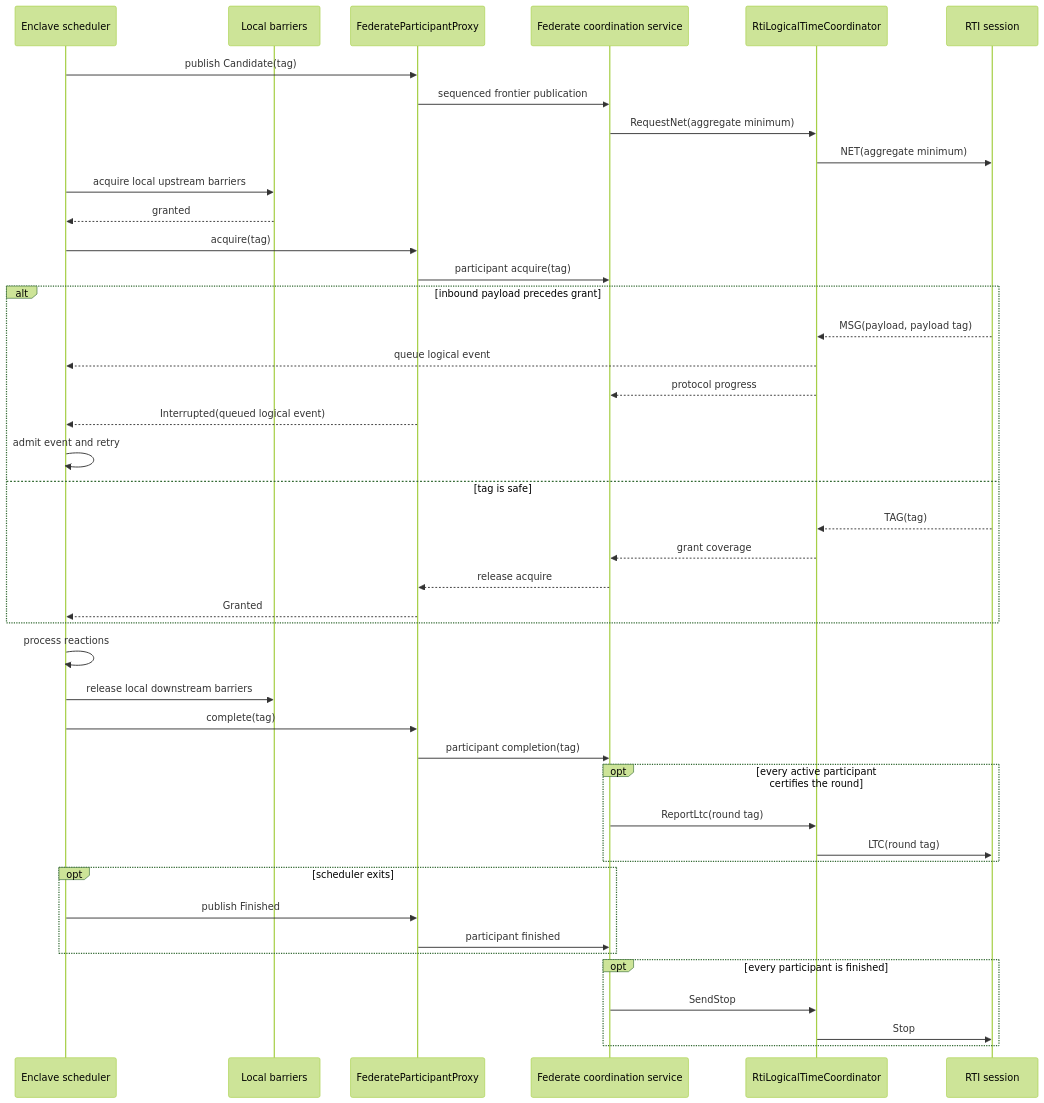
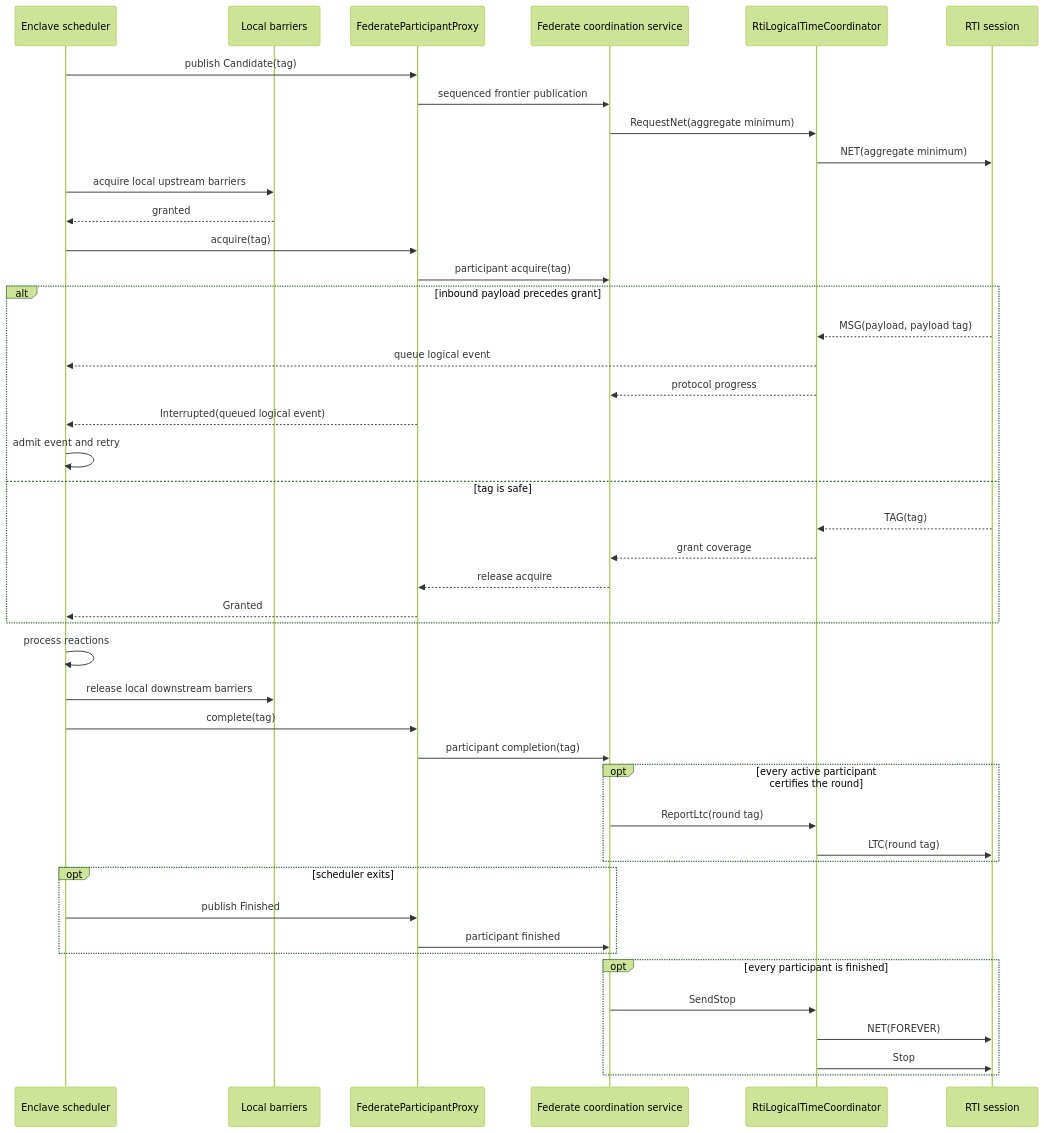
The second of 2 diagrams in docs/scheduler-internals.md (jondo2010/boomerang), drawn with Mermaid (forest theme) before and after one commit. The commit also changed 2 other files, not shown here.

Commit message:
docs: clarify Federate shutdown handoff

````diff
--- a/docs/scheduler-internals.md
+++ b/docs/scheduler-internals.md
@@ -234,46 +234,47 @@
 ```mermaid
 sequenceDiagram
     participant S as Enclave scheduler
     participant L as Local barriers
     participant P as FederateParticipantProxy
     participant F as Federate coordination service
     participant C as RtiLogicalTimeCoordinator
     participant R as RTI session
 
     S->>P: publish Candidate(tag)
     P->>F: sequenced frontier publication
     F->>C: RequestNet(aggregate minimum)
     C->>R: NET(aggregate minimum)
     S->>L: acquire local upstream barriers
     L-->>S: granted
     S->>P: acquire(tag)
     P->>F: participant acquire(tag)
     alt inbound payload precedes grant
         R-->>C: MSG(payload, payload tag)
         C-->>S: queue logical event
         C-->>F: protocol progress
         P-->>S: Interrupted(queued logical event)
         S->>S: admit event and retry
     else tag is safe
         R-->>C: TAG(tag)
         C-->>F: grant coverage
         F-->>P: release acquire
         P-->>S: Granted
     end
     S->>S: process reactions
     S->>L: release local downstream barriers
     S->>P: complete(tag)
     P->>F: participant completion(tag)
     opt every active participant certifies the round
         F->>C: ReportLtc(round tag)
         C->>R: LTC(round tag)
     end
     opt scheduler exits
         S->>P: publish Finished
         P->>F: participant finished
     end
     opt every participant is finished
         F->>C: SendStop
+        C->>R: NET(FOREVER)
         C->>R: Stop
     end
 ```
````
